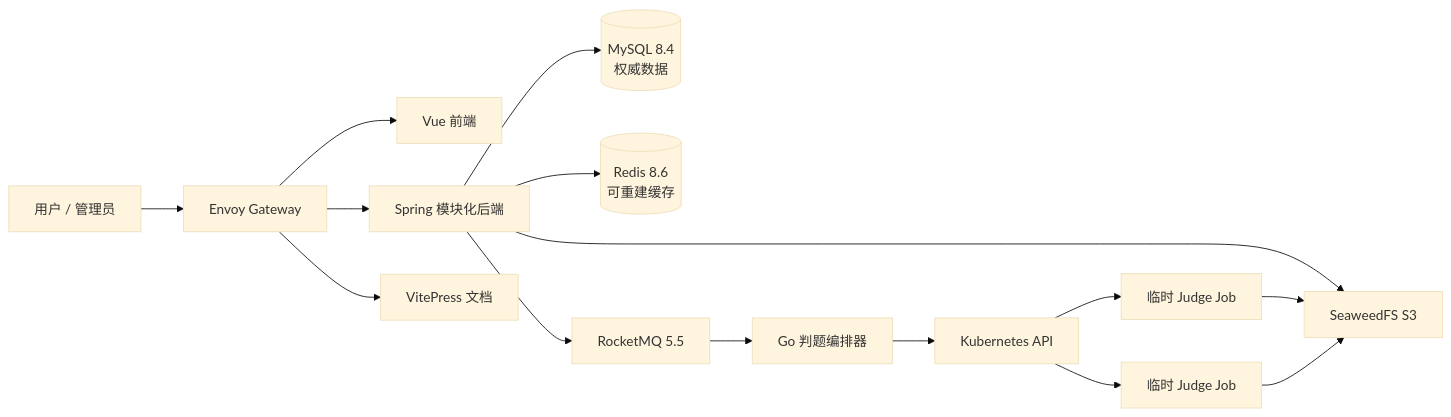
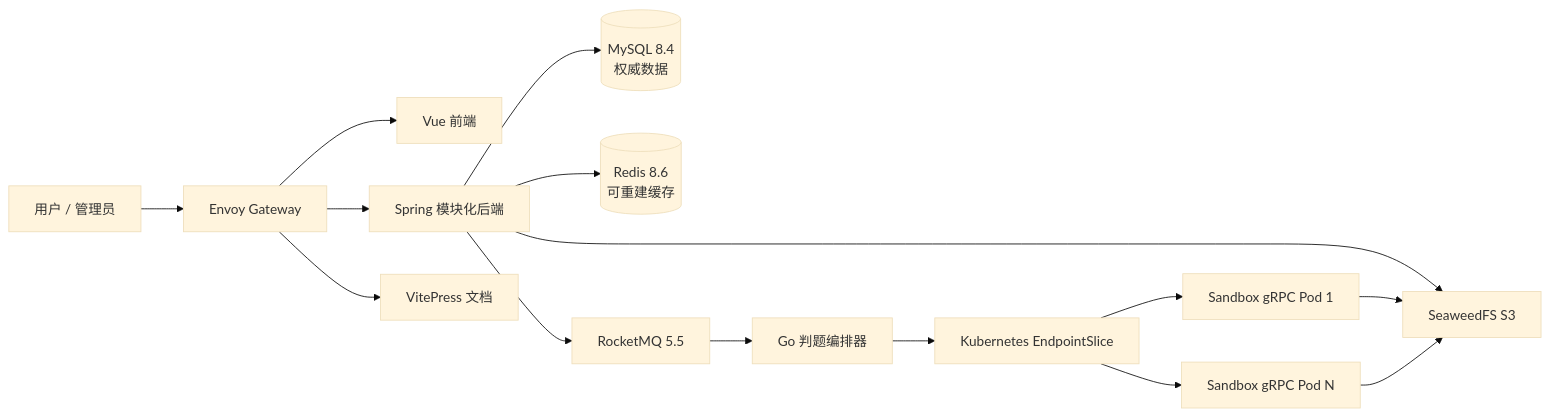
One commit to CodeRushOJ/croj-platform changed the first of 2 diagrams in docs/architecture/platform.md. Above: the diagram before and after it, drawn with Mermaid (base theme). The commit also changed other lines of this file and 16 other files, not shown here.

Commit message:
feat(platform): integrate Kubernetes-native sandbox

````diff
--- a/docs/architecture/platform.md
+++ b/docs/architecture/platform.md
@@ -5,17 +5,17 @@
 ```mermaid
 flowchart LR
   U["用户 / 管理员"] --> EG["Envoy Gateway"]
   EG --> FE["Vue 前端"]
   EG --> API["Spring 模块化后端"]
   EG --> DOCS["VitePress 文档"]
   API --> MYSQL[("MySQL 8.4\n权威数据")]
   API --> REDIS[("Redis 8.6\n可重建缓存")]
   API --> MQ["RocketMQ 5.5"]
   API --> S3["SeaweedFS S3"]
   MQ --> JUDGE["Go 判题编排器"]
-  JUDGE --> KAPI["Kubernetes API"]
-  KAPI --> JOB1["临时 Judge Job"]
-  KAPI --> JOBN["临时 Judge Job"]
-  JOB1 --> S3
-  JOBN --> S3
+  JUDGE --> ES["Kubernetes EndpointSlice"]
+  ES --> SB1["Sandbox gRPC Pod 1"]
+  ES --> SBN["Sandbox gRPC Pod N"]
+  SB1 --> S3
+  SBN --> S3
 ```
````
